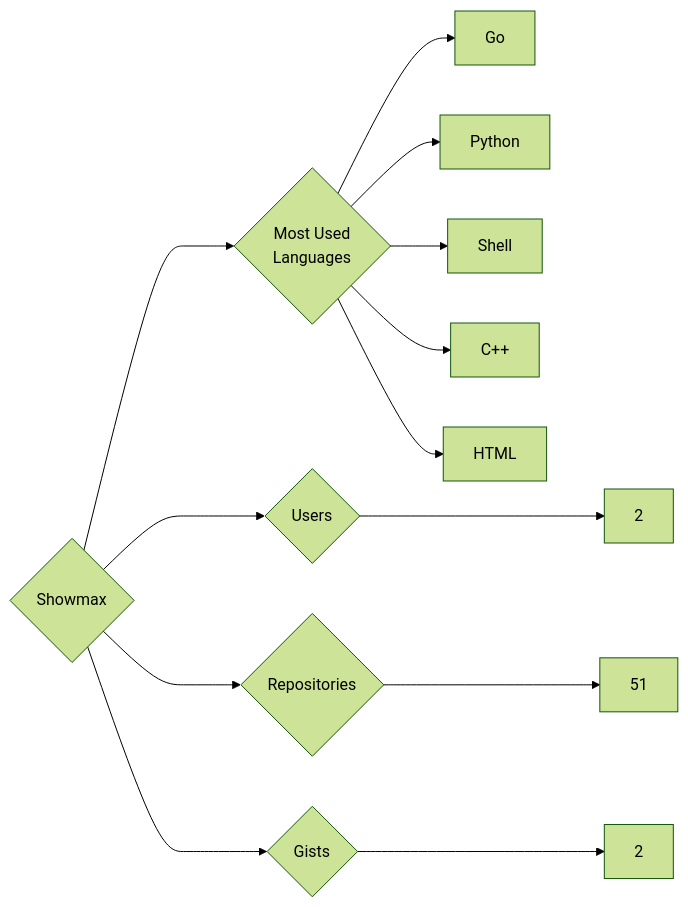
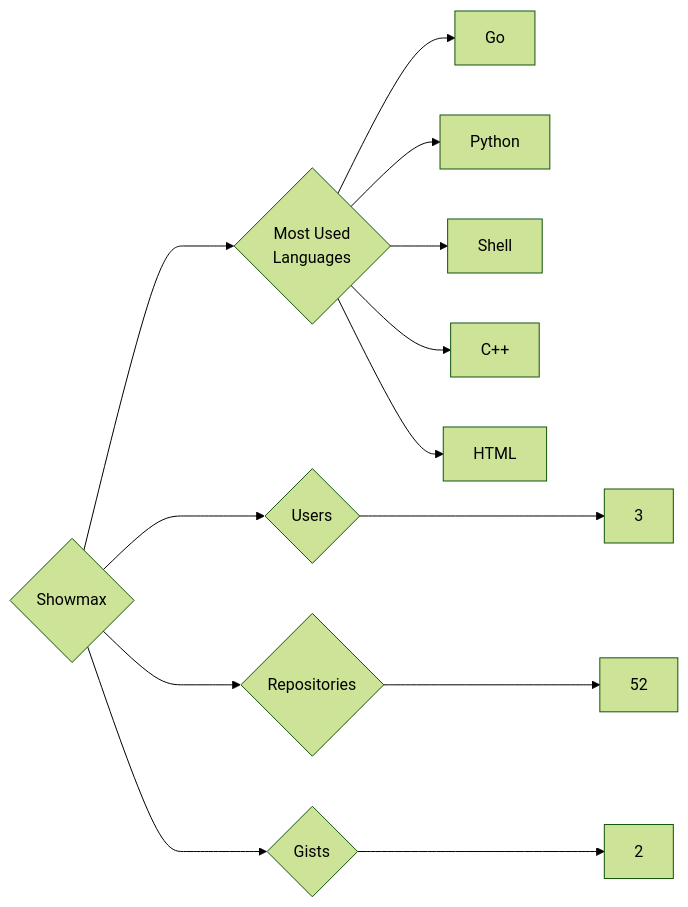
The diagram in targets/Showmax/README.md (trickest/insiders), drawn with Mermaid (forest theme) before and after one commit. The commit also changed 787 other files, not shown here.

````diff
--- a/targets/Showmax/README.md
+++ b/targets/Showmax/README.md
@@ -3,13 +3,13 @@
 ```mermaid
 graph LR
 COMPANY_NAME{Showmax}
-COMPANY_NAME ---> U{Users} ---> UN[2]
-COMPANY_NAME ---> R{Repositories} ---> RN[51]
+COMPANY_NAME ---> U{Users} ---> UN[3]
+COMPANY_NAME ---> R{Repositories} ---> RN[52]
 COMPANY_NAME ---> G{Gists} ---> GN[2]
 COMPANY_NAME ---> ML{Most Used<br>Languages}
 ML --> Go[Go]
 ML --> Python[Python]
 ML --> Shell[Shell]
 ML --> C++[C++]
 ML --> HTML[HTML]
 ```
````
